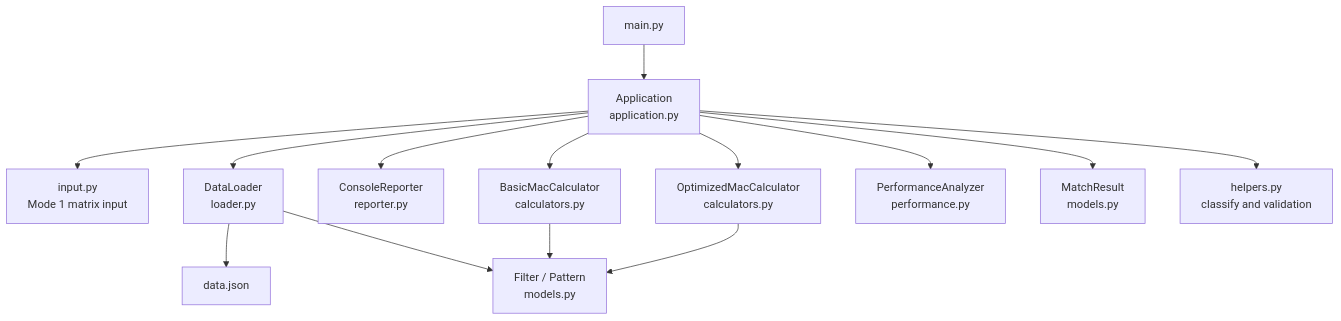
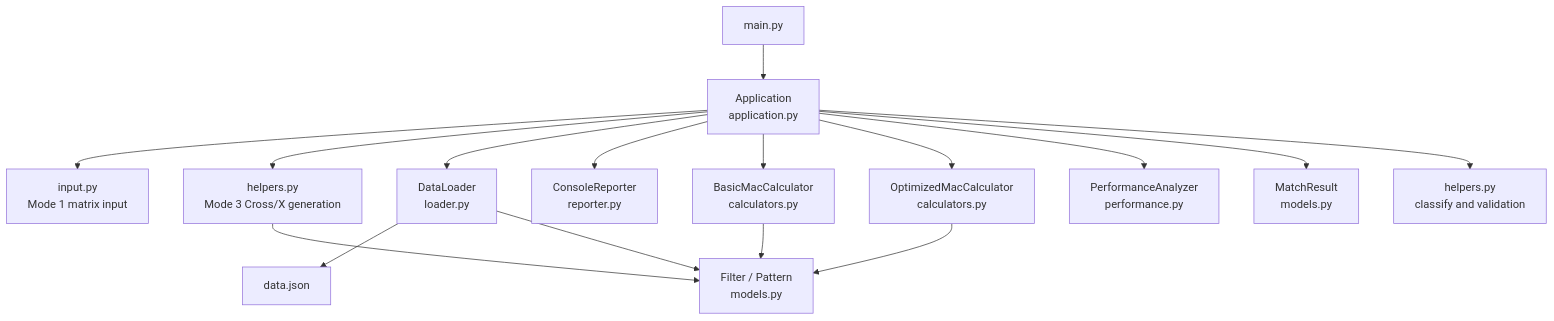
One commit to k-sungwon/codyssey_mission3 changed the diagram in docs/project-structure.md. Above: the diagram before and after it, drawn with Mermaid. The commit also changed other lines of this file and 5 other files, not shown here.

````diff
--- a/docs/project-structure.md
+++ b/docs/project-structure.md
@@ -42,16 +42,18 @@
 ```mermaid
 flowchart TD
     Main["main.py"] --> App["Application\napplication.py"]
     App --> Input["input.py\nMode 1 matrix input"]
+    App --> Generator["helpers.py\nMode 3 Cross/X generation"]
     App --> Loader["DataLoader\nloader.py"]
     App --> Reporter["ConsoleReporter\nreporter.py"]
     App --> Basic["BasicMacCalculator\ncalculators.py"]
     App --> Flat["OptimizedMacCalculator\ncalculators.py"]
     App --> Perf["PerformanceAnalyzer\nperformance.py"]
     Loader --> Data["data.json"]
     Loader --> Models["Filter / Pattern\nmodels.py"]
     Basic --> Models
     Flat --> Models
     App --> Result["MatchResult\nmodels.py"]
     App --> Helpers["helpers.py\nclassify and validation"]
+    Generator --> Models
 ```
````
